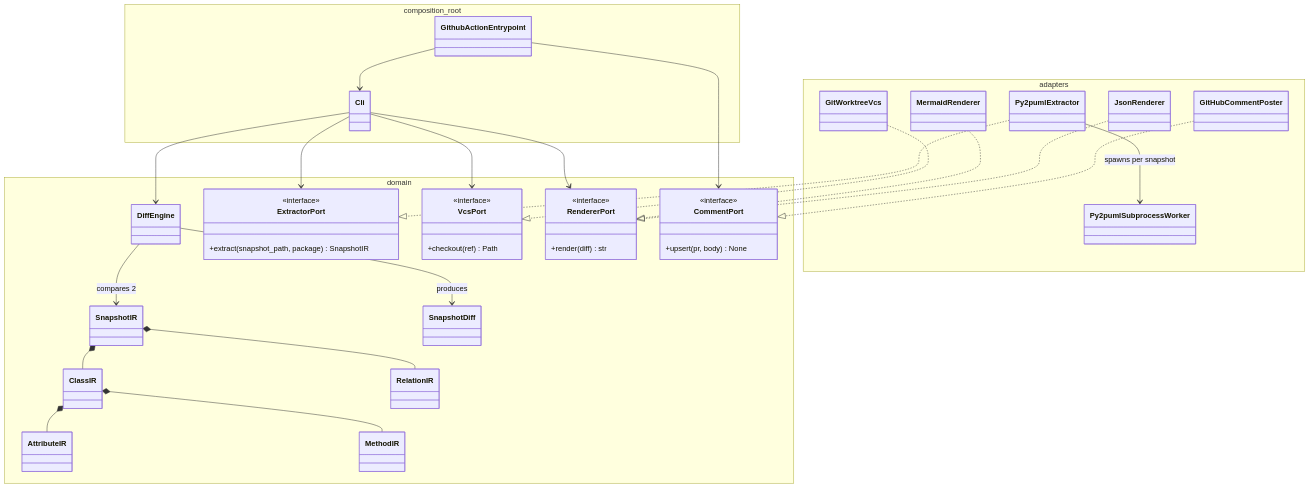
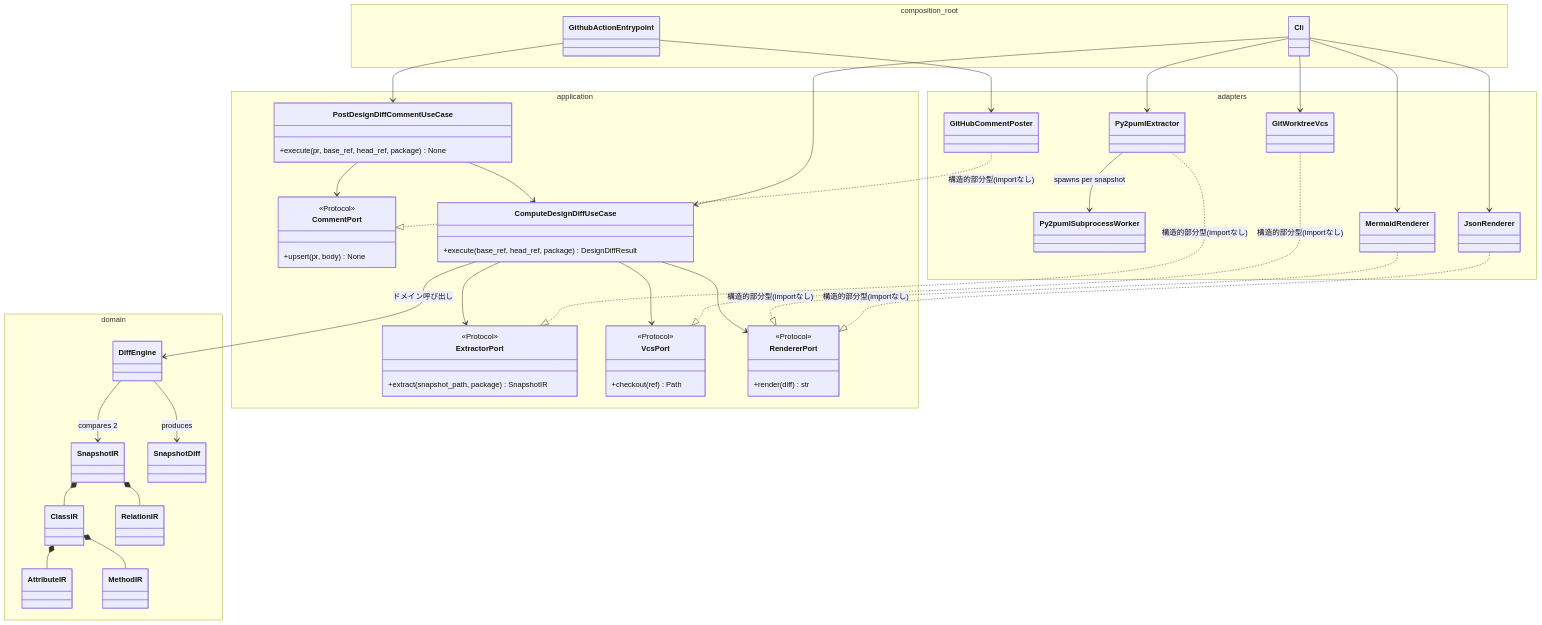
The diagram in docs/design/architecture.md (t29mato/design-diff), drawn with Mermaid before and after one commit. The commit also changed other lines of this file and 2 other files, not shown here.

````diff
--- a/docs/design/architecture.md
+++ b/docs/design/architecture.md
@@ -33,64 +49,80 @@
 ```mermaid
 classDiagram
     namespace domain {
         class ClassIR
         class AttributeIR
         class MethodIR
         class RelationIR
         class SnapshotIR
         class SnapshotDiff
         class DiffEngine
+    }
+
+    namespace application {
         class ExtractorPort {
-            <<interface>>
+            <<Protocol>>
             +extract(snapshot_path, package) SnapshotIR
         }
         class VcsPort {
-            <<interface>>
+            <<Protocol>>
             +checkout(ref) Path
         }
         class RendererPort {
-            <<interface>>
+            <<Protocol>>
             +render(diff) str
         }
         class CommentPort {
-            <<interface>>
+            <<Protocol>>
             +upsert(pr, body) None
+        }
+        class ComputeDesignDiffUseCase {
+            +execute(base_ref, head_ref, package) DesignDiffResult
+        }
+        class PostDesignDiffCommentUseCase {
+            +execute(pr, base_ref, head_ref, package) None
         }
     }
 
     namespace adapters {
         class Py2pumlExtractor
         class Py2pumlSubprocessWorker
         class GitWorktreeVcs
         class MermaidRenderer
         class JsonRenderer
         class GitHubCommentPoster
     }
 
     namespace composition_root {
         class Cli
         class GithubActionEntrypoint
     }
 
     DiffEngine --> SnapshotIR : compares 2
     DiffEngine --> SnapshotDiff : produces
     SnapshotIR *-- ClassIR
     SnapshotIR *-- RelationIR
     ClassIR *-- AttributeIR
     ClassIR *-- MethodIR
 
-    Py2pumlExtractor ..|> ExtractorPort
-    GitWorktreeVcs ..|> VcsPort
-    MermaidRenderer ..|> RendererPort
-    JsonRenderer ..|> RendererPort
-    GitHubCommentPoster ..|> CommentPort
+    ComputeDesignDiffUseCase --> VcsPort
+    ComputeDesignDiffUseCase --> ExtractorPort
+    ComputeDesignDiffUseCase --> DiffEngine : ドメイン呼び出し
+    ComputeDesignDiffUseCase --> RendererPort
+    PostDesignDiffCommentUseCase --> ComputeDesignDiffUseCase
+    PostDesignDiffCommentUseCase --> CommentPort
 
+    Py2pumlExtractor ..|> ExtractorPort : 構造的部分型(importなし)
+    GitWorktreeVcs ..|> VcsPort : 構造的部分型(importなし)
+    MermaidRenderer ..|> RendererPort : 構造的部分型(importなし)
+    JsonRenderer ..|> RendererPort : 構造的部分型(importなし)
+    GitHubCommentPoster ..|> CommentPort : 構造的部分型(importなし)
     Py2pumlExtractor --> Py2pumlSubprocessWorker : spawns per snapshot
 
-    Cli --> VcsPort
-    Cli --> ExtractorPort
-    Cli --> DiffEngine
-    Cli --> RendererPort
-    GithubActionEntrypoint --> Cli
-    GithubActionEntrypoint --> CommentPort
+    Cli --> ComputeDesignDiffUseCase
+    Cli --> Py2pumlExtractor
+    Cli --> GitWorktreeVcs
+    Cli --> MermaidRenderer
+    Cli --> JsonRenderer
+    GithubActionEntrypoint --> PostDesignDiffCommentUseCase
+    GithubActionEntrypoint --> GitHubCommentPoster
 ```
````
